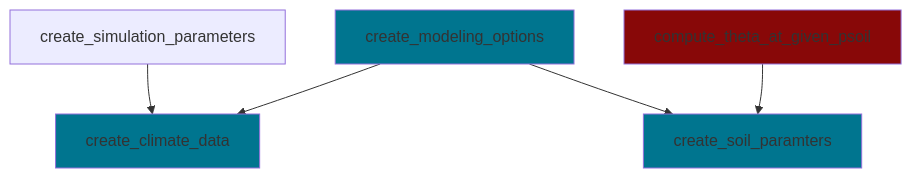
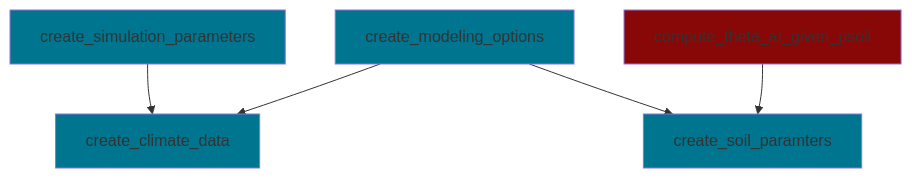
One commit to ecamo19/sureau_ecos_py changed the diagram in README.md. Above: the diagram before and after it, drawn with Mermaid.

Commit message:
Adding graph to readme

````diff
--- a/README.md
+++ b/README.md
@@ -22,22 +22,22 @@
 ```mermaid
     graph TD;
 
         create_simulation_parameters-->create_climate_data;
         create_modeling_options-->create_climate_data;
 
 
         create_modeling_options-->create_soil_paramters;
         compute_theta_at_given_psoil-->create_soil_paramters;
 
         %% Blue color boxes ------------------------------------------------------------------
 
         style create_climate_data fill:#00758f
         style create_modeling_options fill:#00758f
-        style create_simulation_parameters fill:#00758f lineColor:#F8B229
+        style create_simulation_parameters fill:#00758f, lineColor:#F8B229
         style create_soil_paramters fill:#00758f
 
 
         %% Red color boxes --------------------------------------------------------------------
         style compute_theta_at_given_psoil fill:#880808
 
 ```
````
